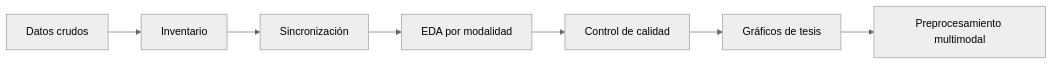
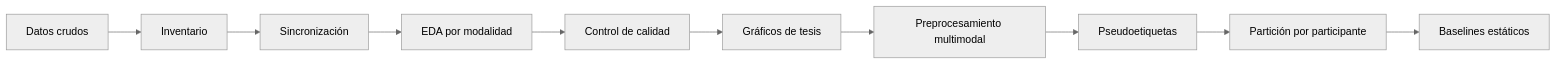
Before and after one commit to marioromero00/Tesis_MDS: the diagram in Mapa del proyecto.md, drawn with Mermaid (neutral theme). The commit also changed other lines of this file and 16 other files, not shown here.

Commit message:
Agrega pseudoetiquetas y baselines reproducibles

````diff
--- a/Mapa del proyecto.md
+++ b/Mapa del proyecto.md
@@ -17,9 +17,12 @@
 ```mermaid
 flowchart LR
     A[Datos crudos] --> B[Inventario]
     B --> C[Sincronización]
     C --> D[EDA por modalidad]
     D --> E[Control de calidad]
     E --> F[Gráficos de tesis]
     F --> G[Preprocesamiento multimodal]
+    G --> H[Pseudoetiquetas]
+    H --> I[Partición por participante]
+    I --> J[Baselines estáticos]
 ```
````
